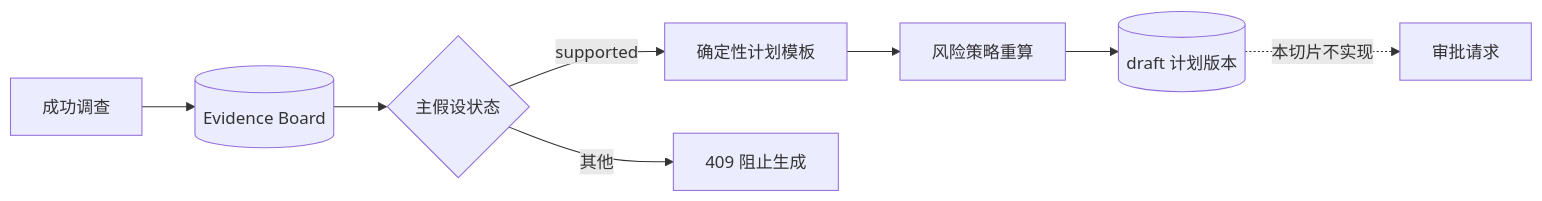
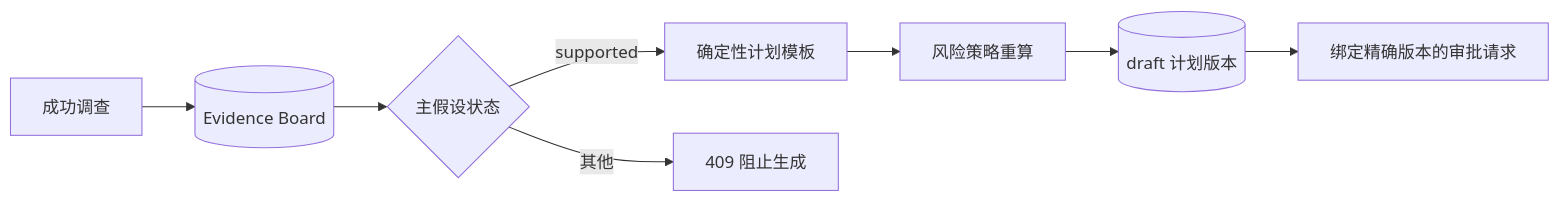
Before and after one commit to kill-t/ops-swarm: the first of 2 diagrams in docs/architecture/13-action-plan-and-risk-policy.md, drawn with Mermaid. The commit also changed other lines of this file and 31 other files, not shown here.

````diff
--- a/docs/architecture/13-action-plan-and-risk-policy.md
+++ b/docs/architecture/13-action-plan-and-risk-policy.md
@@ -13,10 +13,10 @@
 ```mermaid
 flowchart LR
     investigation[成功调查] --> board[(Evidence Board)]
     board --> hypothesis{主假设状态}
     hypothesis -->|supported| planner[确定性计划模板]
     hypothesis -->|其他| blocked[409 阻止生成]
     planner --> policy[风险策略重算]
     policy --> plan[(draft 计划版本)]
-    plan -. 本切片不实现 .-> approval[审批请求]
+    plan --> approval[绑定精确版本的审批请求]
 ```
````
